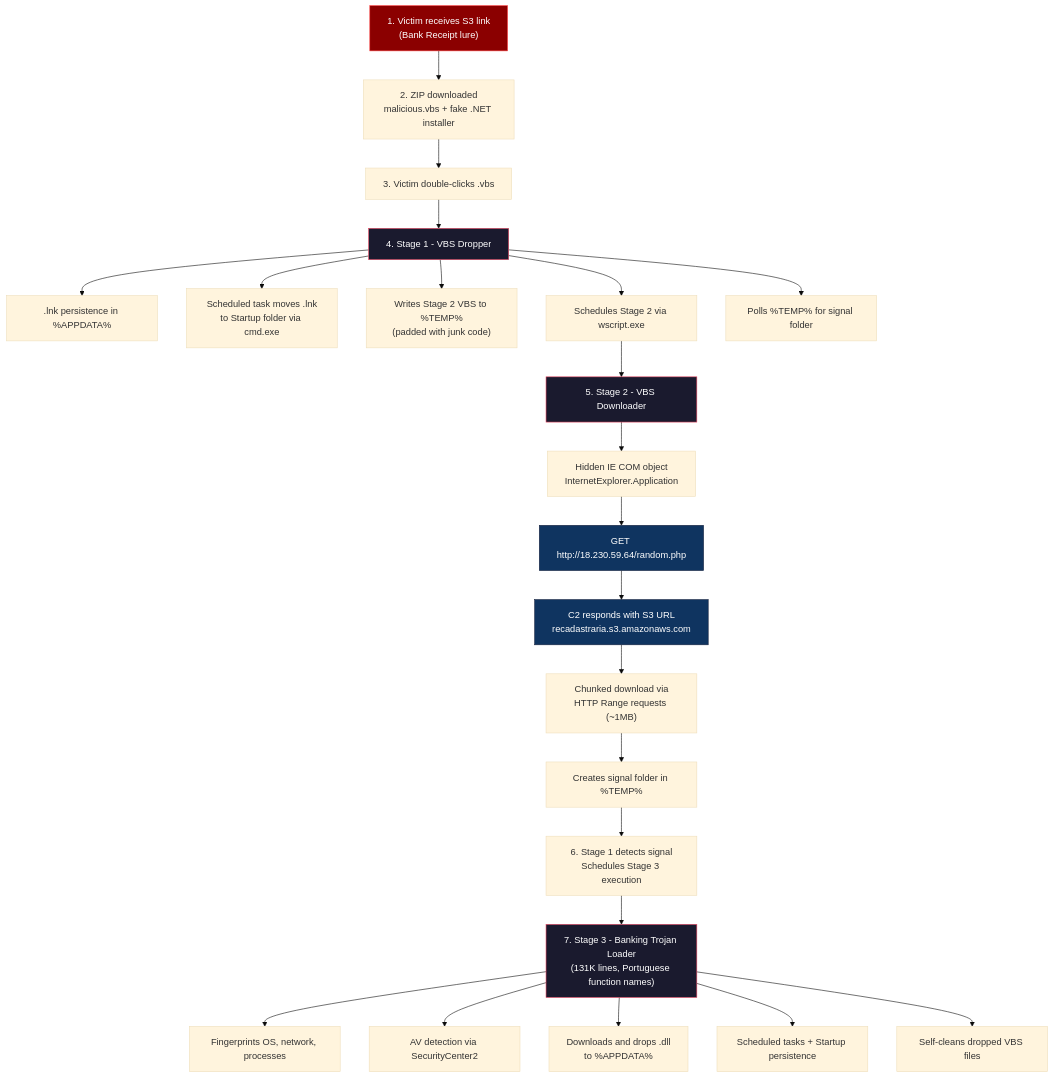
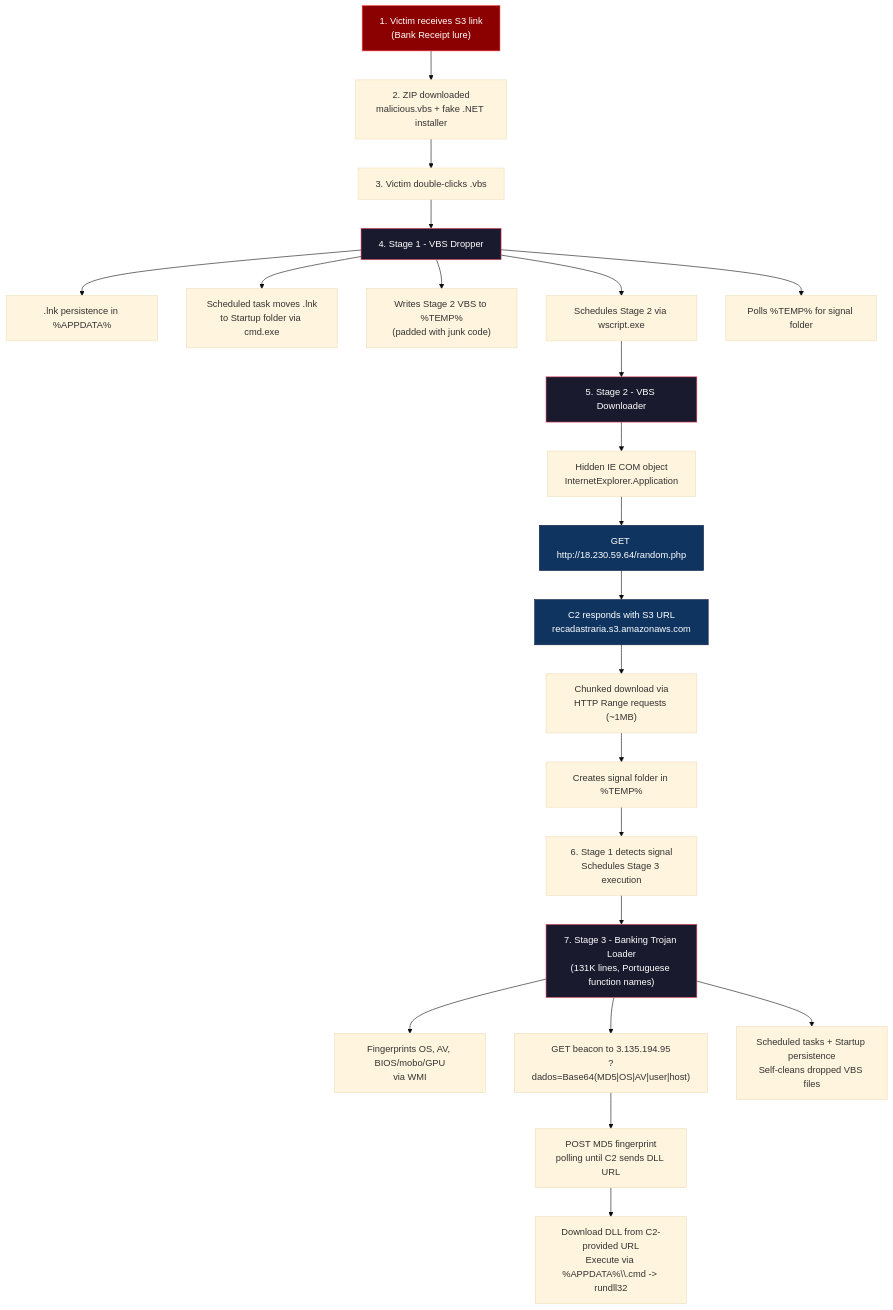
The diagram in src/content/blog/malware-analysis-brazilian-vbs-trojan.md (LasCC/Cyber-Security-Blog), drawn with Mermaid (base theme) before and after one commit. The commit also changed other lines of this file and 1 other file, not shown here.

````diff
--- a/src/content/blog/malware-analysis-brazilian-vbs-trojan.md
+++ b/src/content/blog/malware-analysis-brazilian-vbs-trojan.md
@@ -487,35 +525,35 @@
 ```mermaid
 flowchart TD
     A["1. Victim receives S3 link\n(Bank Receipt lure)"] --> B["2. ZIP downloaded\nmalicious.vbs + fake .NET installer"]
     B --> C["3. Victim double-clicks .vbs"]
     C --> D["4. Stage 1 - VBS Dropper"]
 
     D --> D1[".lnk persistence in %APPDATA%"]
     D --> D2["Scheduled task moves .lnk\nto Startup folder via cmd.exe"]
     D --> D3["Writes Stage 2 VBS to %TEMP%\n(padded with junk code)"]
     D --> D4["Schedules Stage 2 via wscript.exe"]
     D --> D5["Polls %TEMP% for signal folder"]
 
     D4 --> E["5. Stage 2 - VBS Downloader"]
     E --> E1["Hidden IE COM object\nInternetExplorer.Application"]
     E1 --> E2["GET http://18.230.59.64/random.php"]
     E2 --> E3["C2 responds with S3 URL\nrecadastraria.s3.amazonaws.com"]
     E3 --> E4["Chunked download via\nHTTP Range requests (~1MB)"]
     E4 --> E5["Creates signal folder in %TEMP%"]
 
     E5 --> F["6. Stage 1 detects signal\nSchedules Stage 3 execution"]
 
     F --> G["7. Stage 3 - Banking Trojan Loader\n(131K lines, Portuguese function names)"]
-    G --> G1["Fingerprints OS, network, processes"]
-    G --> G2["AV detection via SecurityCenter2"]
-    G --> G3["Downloads and drops .dll\nto %APPDATA%"]
-    G --> G4["Scheduled tasks + Startup persistence"]
-    G --> G5["Self-cleans dropped VBS files"]
+    G --> G1["Fingerprints OS, AV, BIOS/mobo/GPU\nvia WMI"]
+    G --> G2["GET beacon to 3.135.194.95\n?dados=Base64(MD5|OS|AV|user|host)"]
+    G2 --> G3["POST MD5 fingerprint\npolling until C2 sends DLL URL"]
+    G3 --> G4["Download DLL from C2-provided URL\nExecute via %APPDATA%\\.cmd -> rundll32"]
+    G --> G5["Scheduled tasks + Startup persistence\nSelf-cleans dropped VBS files"]
 
     style A fill:#8b0000,stroke:#ff4444,color:#fff
     style D fill:#1a1a2e,stroke:#e94560,color:#fff
     style E fill:#1a1a2e,stroke:#e94560,color:#fff
     style G fill:#1a1a2e,stroke:#e94560,color:#fff
     style E2 fill:#0f3460,stroke:#16213e,color:#fff
     style E3 fill:#0f3460,stroke:#16213e,color:#fff
 ```
````
